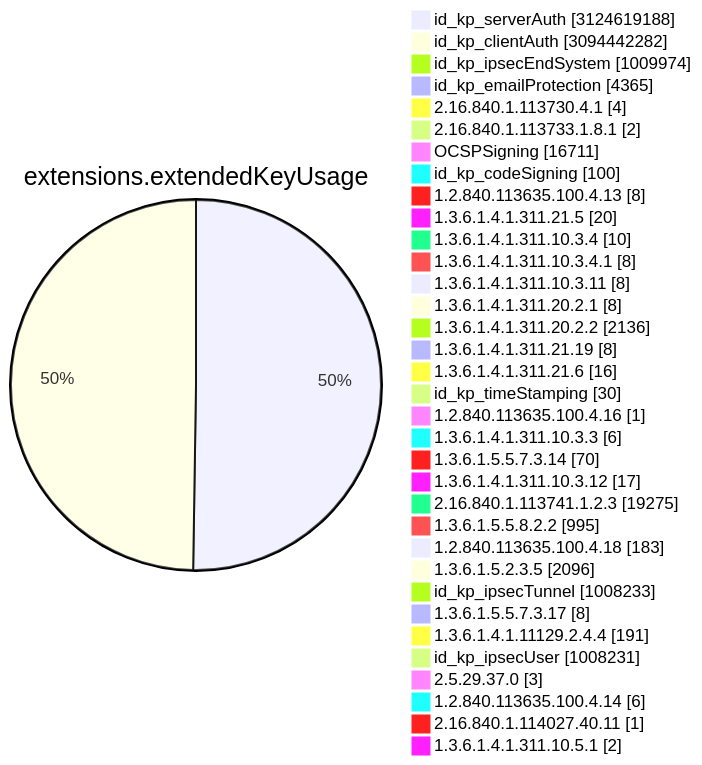
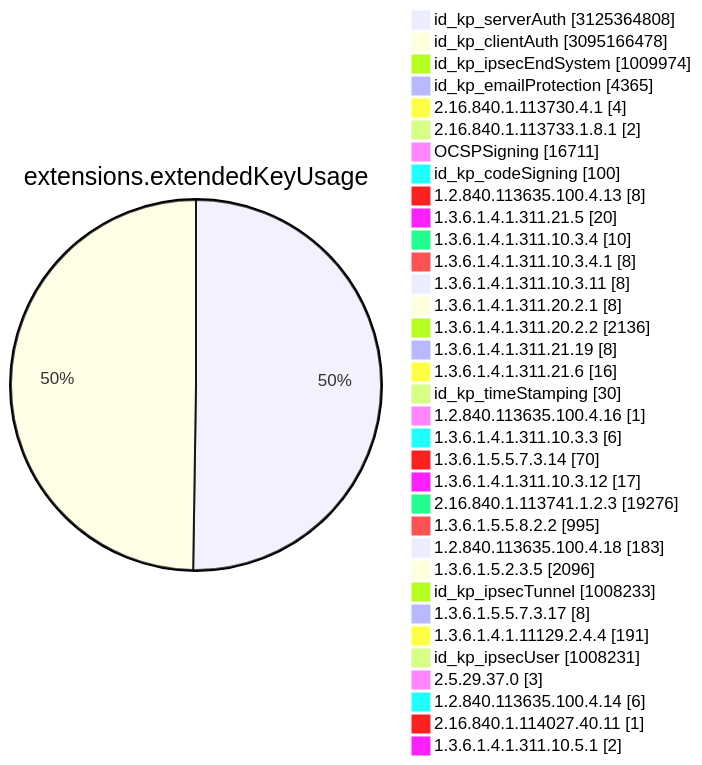
One commit to christiankrug/ctmonitor_visualization changed diagram 11 of 15 in TOTAL/README.md. Above: the diagram before and after it, drawn with Mermaid. The commit also changed other lines of this file, not shown here.

````diff
--- a/TOTAL/README.md
+++ b/TOTAL/README.md
@@ -4117,38 +4117,38 @@
 ```mermaid
 pie showData
 title extensions.extendedKeyUsage
-"id_kp_serverAuth" :3124619188
-"id_kp_clientAuth" :3094442282
+"id_kp_serverAuth" :3125364808
+"id_kp_clientAuth" :3095166478
 "id_kp_ipsecEndSystem" :1009974
 "id_kp_emailProtection" :4365
 "2.16.840.1.113730.4.1" :4
 "2.16.840.1.113733.1.8.1" :2
 "OCSPSigning" :16711
 "id_kp_codeSigning" :100
 "1.2.840.113635.100.4.13" :8
 "1.3.6.1.4.1.311.21.5" :20
 "1.3.6.1.4.1.311.10.3.4" :10
 "1.3.6.1.4.1.311.10.3.4.1" :8
 "1.3.6.1.4.1.311.10.3.11" :8
 "1.3.6.1.4.1.311.20.2.1" :8
 "1.3.6.1.4.1.311.20.2.2" :2136
 "1.3.6.1.4.1.311.21.19" :8
 "1.3.6.1.4.1.311.21.6" :16
 "id_kp_timeStamping" :30
 "1.2.840.113635.100.4.16" :1
 "1.3.6.1.4.1.311.10.3.3" :6
 "1.3.6.1.5.5.7.3.14" :70
 "1.3.6.1.4.1.311.10.3.12" :17
-"2.16.840.1.113741.1.2.3" :19275
+"2.16.840.1.113741.1.2.3" :19276
 "1.3.6.1.5.5.8.2.2" :995
 "1.2.840.113635.100.4.18" :183
 "1.3.6.1.5.2.3.5" :2096
 "id_kp_ipsecTunnel" :1008233
 "1.3.6.1.5.5.7.3.17" :8
 "1.3.6.1.4.1.11129.2.4.4" :191
 "id_kp_ipsecUser" :1008231
 "2.5.29.37.0" :3
 "1.2.840.113635.100.4.14" :6
 "2.16.840.1.114027.40.11" :1
 "1.3.6.1.4.1.311.10.5.1" :2
 ```
````
